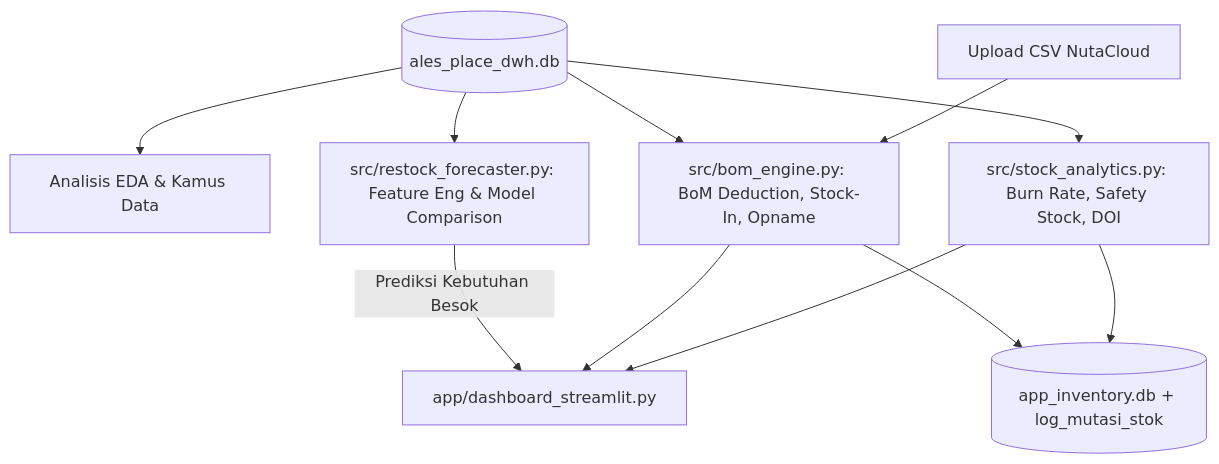
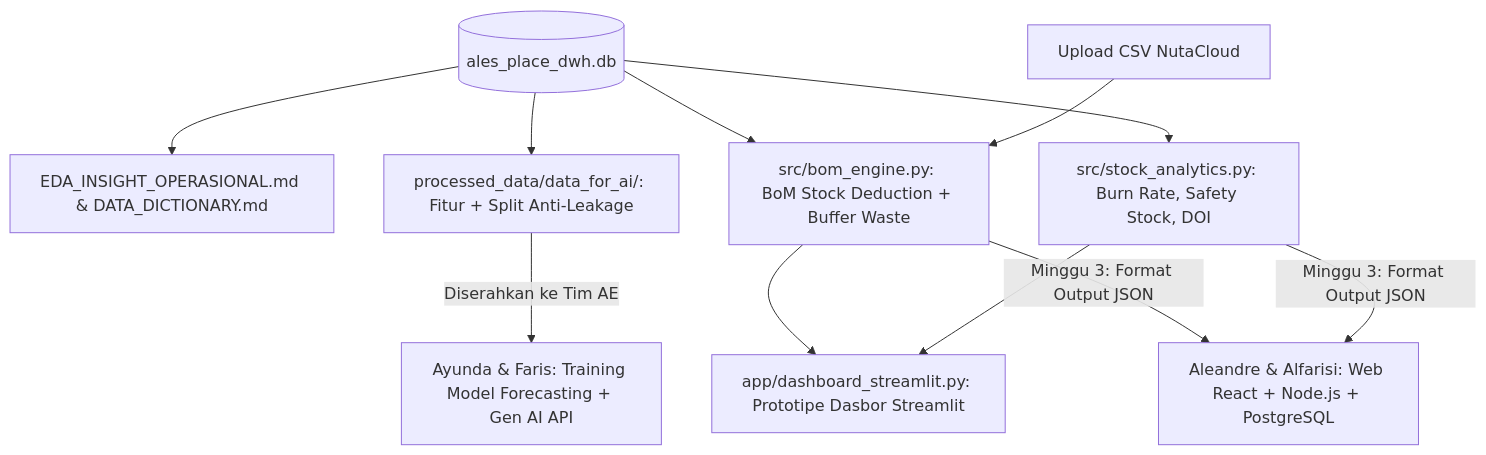
The diagram in tugas_mingguan/minggu-2/plan-minggu-2.md (Afdha5678/ProjectCapstone-DataScience), drawn with Mermaid before and after one commit. The commit also changed other lines of this file and 39 other files, not shown here.

Commit message:
feat(minggu-2): selesaikan modul DS, EDA ipynb, data AI, dasbor Streamlit, dan rapikan struktur folder mingguan

````diff
--- a/tugas_mingguan/minggu-2/plan-minggu-2.md
+++ b/tugas_mingguan/minggu-2/plan-minggu-2.md
@@ -28,14 +39,15 @@
 ```mermaid
 flowchart TD
-    DWH[(ales_place_dwh.db)] --> EDA[Analisis EDA & Kamus Data]
-    DWH --> E1[src/bom_engine.py: BoM Deduction, Stock-In, Opname]
-    DWH --> E2[src/stock_analytics.py: Burn Rate, Safety Stock, DOI]
-    DWH --> ML[src/restock_forecaster.py: Feature Eng & Model Comparison]
+    DWH[(ales_place_dwh.db)] --> EDA[EDA_INSIGHT_OPERASIONAL.md & DATA_DICTIONARY.md]
+    DWH --> AI_DATA[processed_data/data_for_ai/: Fitur + Split Anti-Leakage]
+    AI_DATA -->|Diserahkan ke Tim AE| AE_TEAM[Ayunda & Faris: Training Model Forecasting + Gen AI API]
 
-    E1 --> APPDB[(app_inventory.db + log_mutasi_stok)]
-    E2 --> APPDB
-    ML -->|Prediksi Kebutuhan Besok| UI[app/dashboard_streamlit.py]
-    E1 --> UI
-    E2 --> UI
-    UPLOAD[Upload CSV NutaCloud] --> E1
+    DWH --> BOM[src/bom_engine.py: BoM Stock Deduction + Buffer Waste]
+    DWH --> STAT[src/stock_analytics.py: Burn Rate, Safety Stock, DOI]
+
+    BOM --> UI[app/dashboard_streamlit.py: Prototipe Dasbor Streamlit]
+    STAT --> UI
+    UPLOAD[Upload CSV NutaCloud] --> BOM
+    BOM -->|Minggu 3: Format Output JSON| FS_TEAM[Aleandre & Alfarisi: Web React + Node.js + PostgreSQL]
+    STAT -->|Minggu 3: Format Output JSON| FS_TEAM
 ```
````
